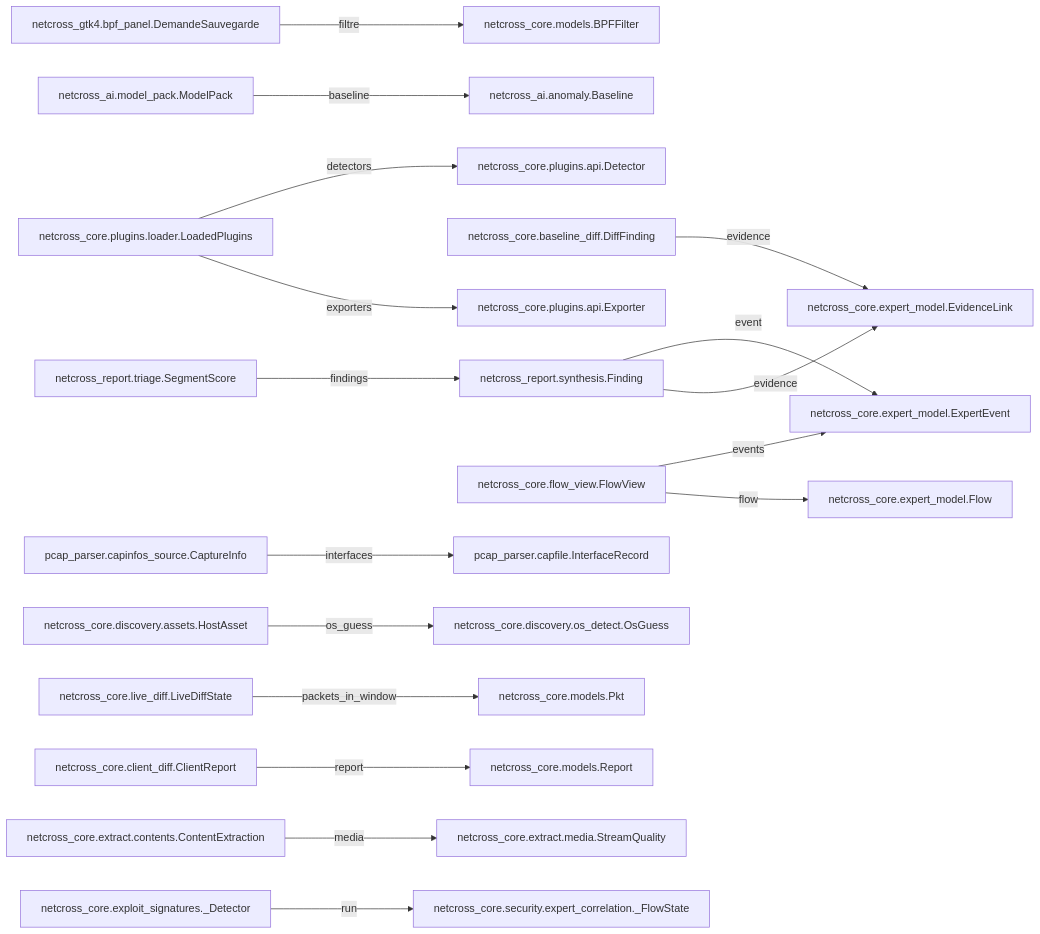
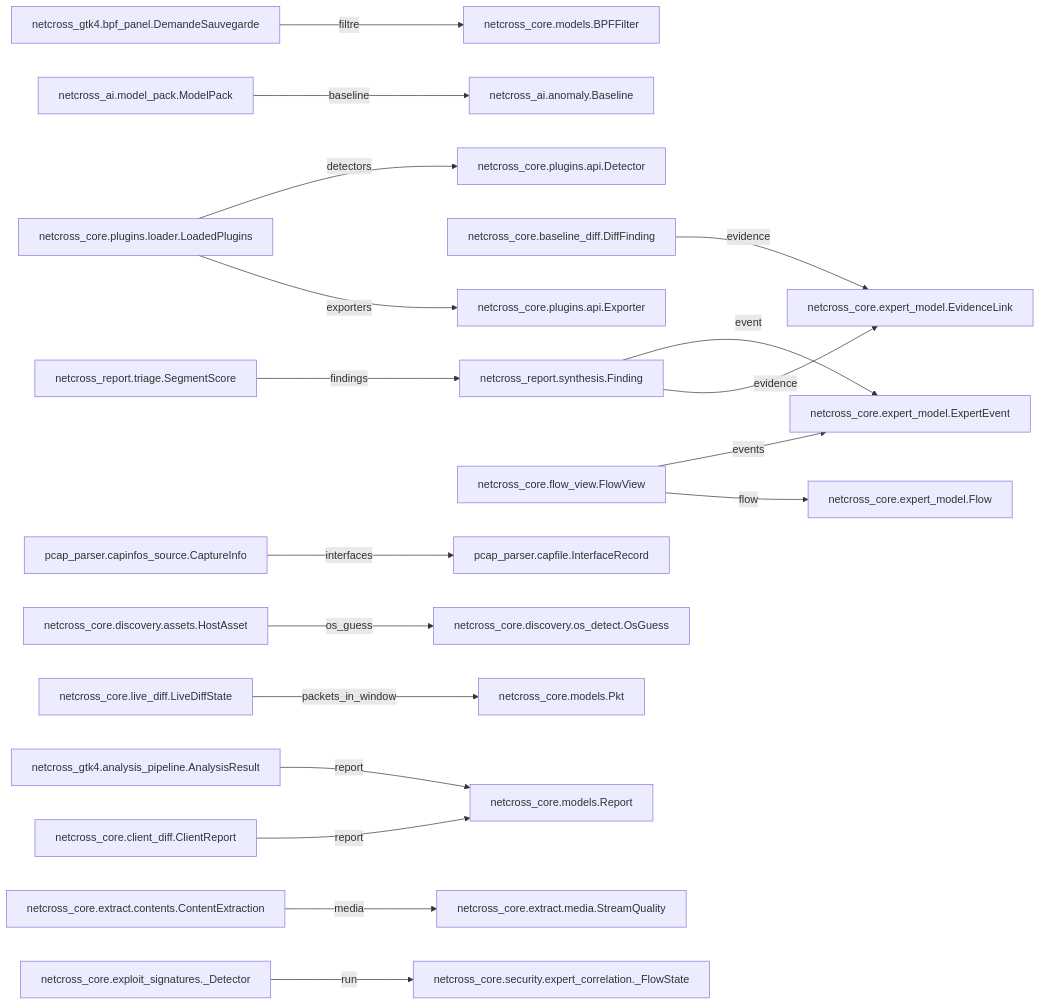
Before and after one commit to MathildeDec/Netcross: the second of 19 diagrams in docs/class-diagram.md, drawn with Mermaid. The commit also changed other lines of this file and 2 other files, not shown here.

````diff
--- a/docs/class-diagram.md
+++ b/docs/class-diagram.md
@@ -55,45 +56,47 @@
 ```mermaid
 flowchart LR
+    AnalysisResult["netcross_gtk4.analysis_pipeline.AnalysisResult"]
     BPFFilter["netcross_core.models.BPFFilter"]
     Baseline["netcross_ai.anomaly.Baseline"]
     CaptureInfo["pcap_parser.capinfos_source.CaptureInfo"]
     ClientReport["netcross_core.client_diff.ClientReport"]
     ContentExtraction["netcross_core.extract.contents.ContentExtraction"]
     DemandeSauvegarde["netcross_gtk4.bpf_panel.DemandeSauvegarde"]
     Detector["netcross_core.plugins.api.Detector"]
     DiffFinding["netcross_core.baseline_diff.DiffFinding"]
     EvidenceLink["netcross_core.expert_model.EvidenceLink"]
     ExpertEvent["netcross_core.expert_model.ExpertEvent"]
     Exporter["netcross_core.plugins.api.Exporter"]
     Finding["netcross_report.synthesis.Finding"]
     FlowView["netcross_core.flow_view.FlowView"]
     Flow["netcross_core.expert_model.Flow"]
     HostAsset["netcross_core.discovery.assets.HostAsset"]
     InterfaceRecord["pcap_parser.capfile.InterfaceRecord"]
     LiveDiffState["netcross_core.live_diff.LiveDiffState"]
     LoadedPlugins["netcross_core.plugins.loader.LoadedPlugins"]
     ModelPack["netcross_ai.model_pack.ModelPack"]
     OsGuess["netcross_core.discovery.os_detect.OsGuess"]
     Pkt["netcross_core.models.Pkt"]
     Report["netcross_core.models.Report"]
     SegmentScore["netcross_report.triage.SegmentScore"]
     StreamQuality["netcross_core.extract.media.StreamQuality"]
     _Detector["netcross_core.exploit_signatures._Detector"]
     netcross_core_security_expert_correlation__FlowState["netcross_core.security.expert_correlation._FlowState"]
+    AnalysisResult -->|report| Report
     CaptureInfo -->|interfaces| InterfaceRecord
     ClientReport -->|report| Report
     ContentExtraction -->|media| StreamQuality
     DemandeSauvegarde -->|filtre| BPFFilter
     DiffFinding -->|evidence| EvidenceLink
     Finding -->|event| ExpertEvent
     Finding -->|evidence| EvidenceLink
     FlowView -->|events| ExpertEvent
     FlowView -->|flow| Flow
     HostAsset -->|os_guess| OsGuess
     LiveDiffState -->|packets_in_window| Pkt
     LoadedPlugins -->|detectors| Detector
     LoadedPlugins -->|exporters| Exporter
     ModelPack -->|baseline| Baseline
     SegmentScore -->|findings| Finding
     _Detector -->|run| netcross_core_security_expert_correlation__FlowState
 ```
````
